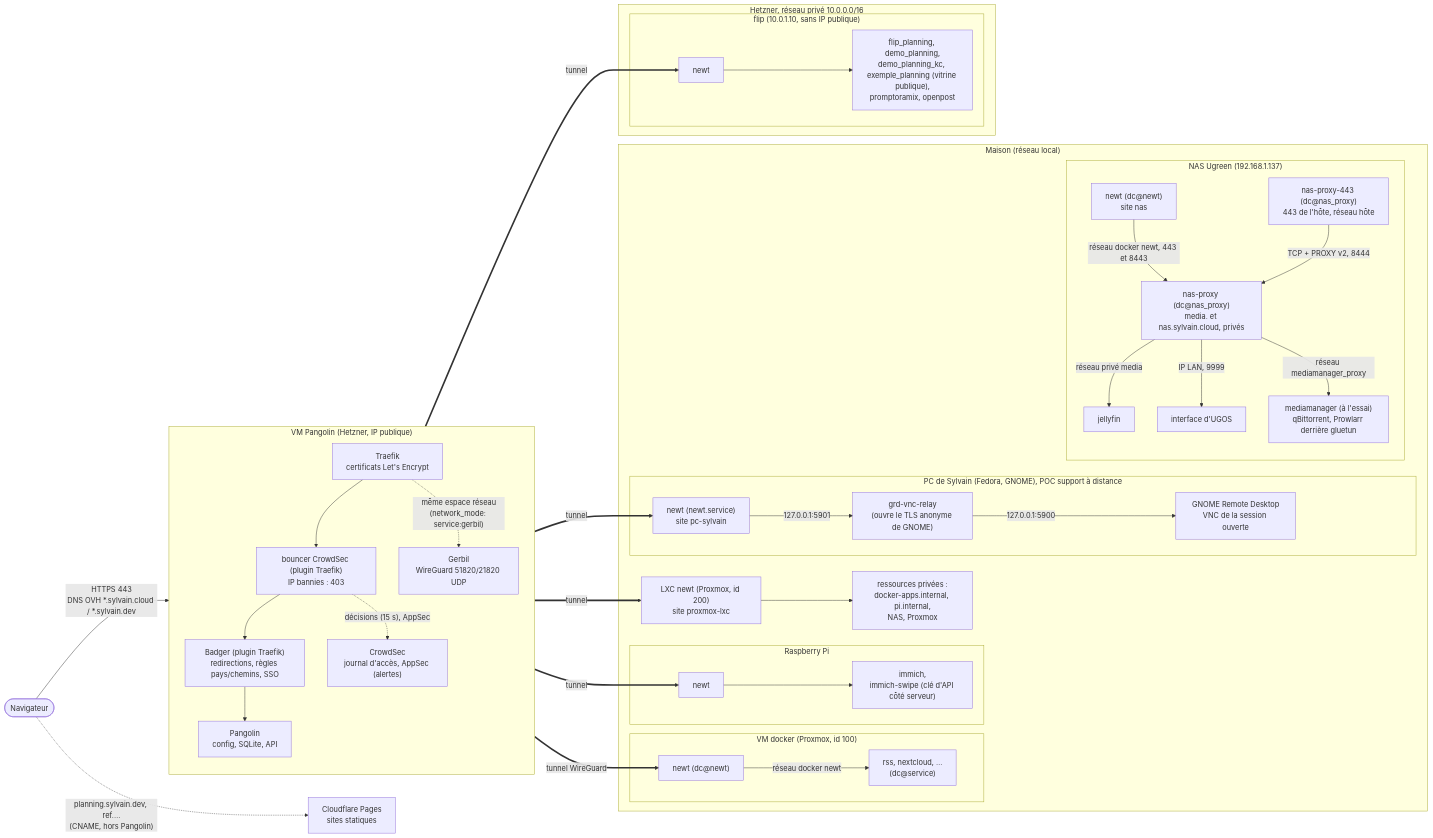
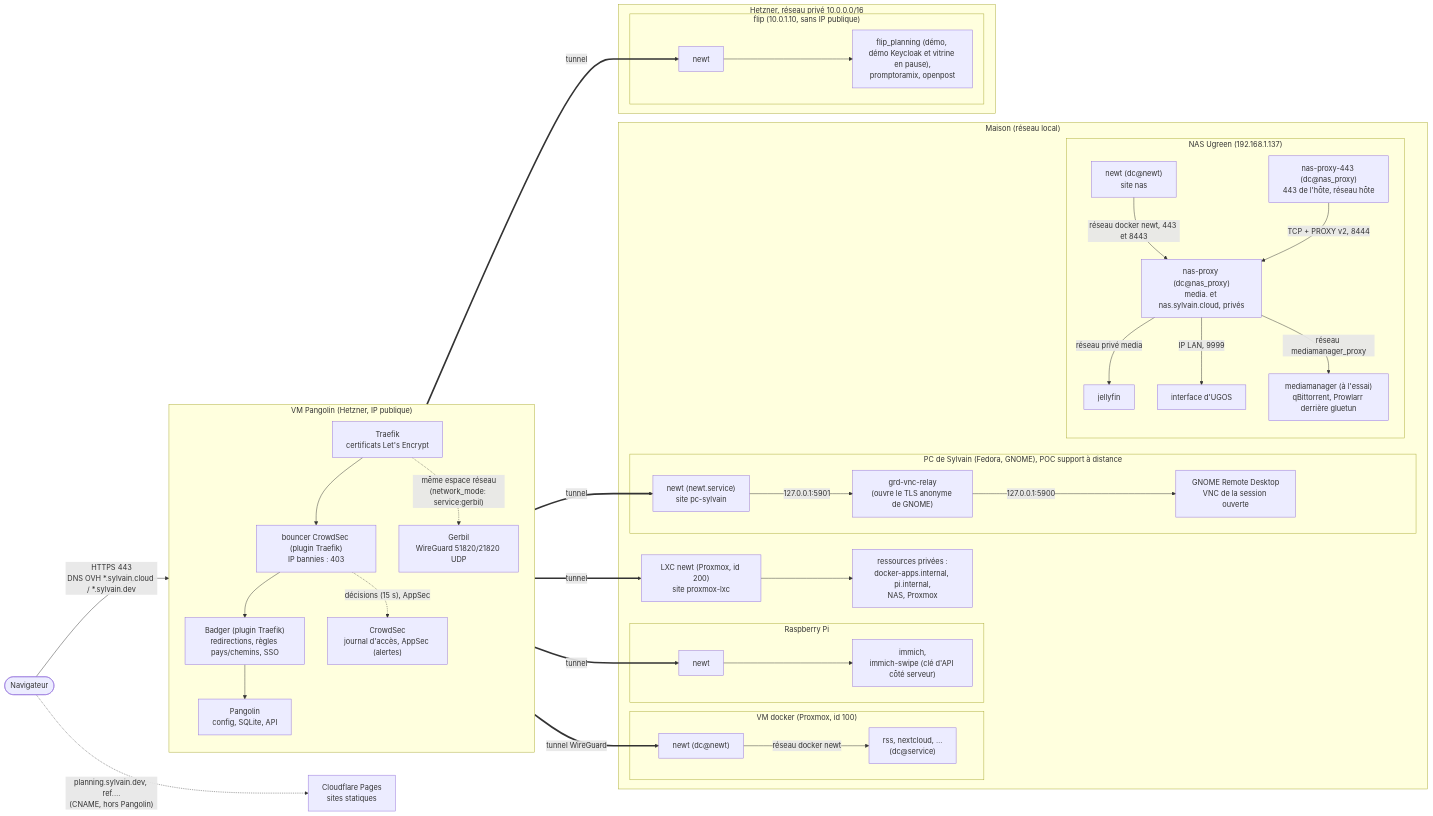
One commit to sylvainmetayer/homelab changed the first of 4 diagrams in docs/architecture.md. Above: the diagram before and after it, drawn with Mermaid. The commit also changed 2 other files, not shown here.

Commit message:
docs: revue, dates de dav_copy non affirmées, schéma de flip
Claude-Session: https://claude.ai/code/session_01EfxfYAbz2gwpFVQsyUyGKn

````diff
--- a/docs/architecture.md
+++ b/docs/architecture.md
@@ -10,51 +10,51 @@
 ```mermaid
 flowchart LR
   user([Navigateur]) -- "HTTPS 443<br/>DNS OVH *.sylvain.cloud / *.sylvain.dev" --> traefik
   user -. "planning.sylvain.dev, ref.…<br/>(CNAME, hors Pangolin)" .-> cfpages["Cloudflare Pages<br/>sites statiques"]
 
   subgraph pangolin_vm["VM Pangolin (Hetzner, IP publique)"]
     direction TB
     traefik["Traefik<br/>certificats Let's Encrypt"]
     bouncer["bouncer CrowdSec (plugin Traefik)<br/>IP bannies : 403"]
     crowdsec["CrowdSec<br/>journal d'accès, AppSec (alertes)"]
     badger["Badger (plugin Traefik)<br/>redirections, règles pays/chemins, SSO"]
     pangolin_app["Pangolin<br/>config, SQLite, API"]
     gerbil["Gerbil<br/>WireGuard 51820/21820 UDP"]
     traefik --> bouncer --> badger --> pangolin_app
     bouncer -. "décisions (15 s), AppSec" .-> crowdsec
     traefik -. "même espace réseau<br/>(network_mode: service:gerbil)" .-> gerbil
   end
 
   gerbil == "tunnel WireGuard" ==> newt_docker
   gerbil == tunnel ==> newt_pi
   gerbil == tunnel ==> newt_flip
   gerbil == tunnel ==> newt_lxc
   gerbil == tunnel ==> newt_pc
 
   subgraph home["Maison (réseau local)"]
     subgraph docker_vm["VM docker (Proxmox, id 100)"]
       newt_docker["newt (dc@newt)"] -- "réseau docker newt" --> app1["rss, nextcloud, …<br/>(dc@service)"]
     end
     subgraph pi["Raspberry Pi"]
       newt_pi[newt] --> immich["immich,<br/>immich-swipe (clé d'API côté serveur)"]
     end
     newt_lxc["LXC newt (Proxmox, id 200)<br/>site proxmox-lxc"] --> lan["ressources privées :<br/>docker-apps.internal, pi.internal,<br/>NAS, Proxmox"]
     subgraph pc["PC de Sylvain (Fedora, GNOME), POC support à distance"]
       newt_pc["newt (newt.service)<br/>site pc-sylvain"] -- "127.0.0.1:5901" --> relay_vnc["grd-vnc-relay<br/>(ouvre le TLS anonyme de GNOME)"]
       relay_vnc -- "127.0.0.1:5900" --> grd["GNOME Remote Desktop<br/>VNC de la session ouverte"]
     end
     subgraph nas["NAS Ugreen (192.168.1.137)"]
       newt_nas["newt (dc@newt)<br/>site nas"] -- "réseau docker newt, 443 et 8443" --> traefik_nas["nas-proxy (dc@nas_proxy)<br/>media. et nas.sylvain.cloud, privés"]
       relay_nas["nas-proxy-443 (dc@nas_proxy)<br/>443 de l'hôte, réseau hôte"] -- "TCP + PROXY v2, 8444" --> traefik_nas
       traefik_nas -- "réseau privé media" --> jellyfin[jellyfin]
       traefik_nas -- "IP LAN, 9999" --> ugos[interface d'UGOS]
       traefik_nas -- "réseau mediamanager_proxy" --> mediamanager["mediamanager (à l'essai)<br/>qBittorrent, Prowlarr derrière gluetun"]
     end
   end
 
   subgraph hetzner_priv["Hetzner, réseau privé 10.0.0.0/16"]
     subgraph flip["flip (10.0.1.10, sans IP publique)"]
-      newt_flip[newt] --> fp["flip_planning, demo_planning,<br/>demo_planning_kc, exemple_planning (vitrine publique),<br/>promptoramix, openpost"]
+      newt_flip[newt] --> fp["flip_planning (démo, démo Keycloak et vitrine en pause),<br/>promptoramix, openpost"]
     end
   end
 ```
````
